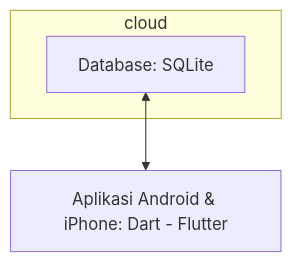
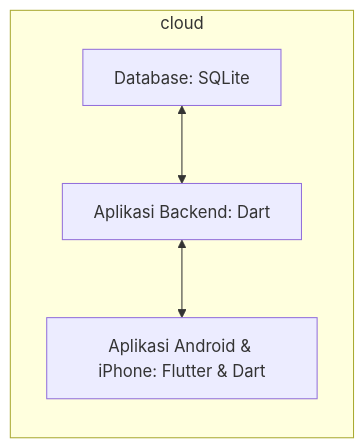
One commit to ImYourIgnatius/FirstJourney changed the second of 2 diagrams in PengenalanIF.md. Above: the diagram before and after it, drawn with Mermaid. The commit also changed other lines of this file, not shown here.

````diff
--- a/PengenalanIF.md
+++ b/PengenalanIF.md
@@ -122,7 +116,8 @@
 ```mermaid
 flowchart BT 
   subgraph cloud
-    B[Database: SQLite] 
-  end
-  A[Aplikasi Android & iPhone: Dart - Flutter] <--> B 
+    A[Database: SQLite] <--> C[Aplikasi Backend: Dart] 
+    C <--> D[Aplikasi Android & iPhone: Flutter & Dart] 
+  end 
+  
 ```
````
